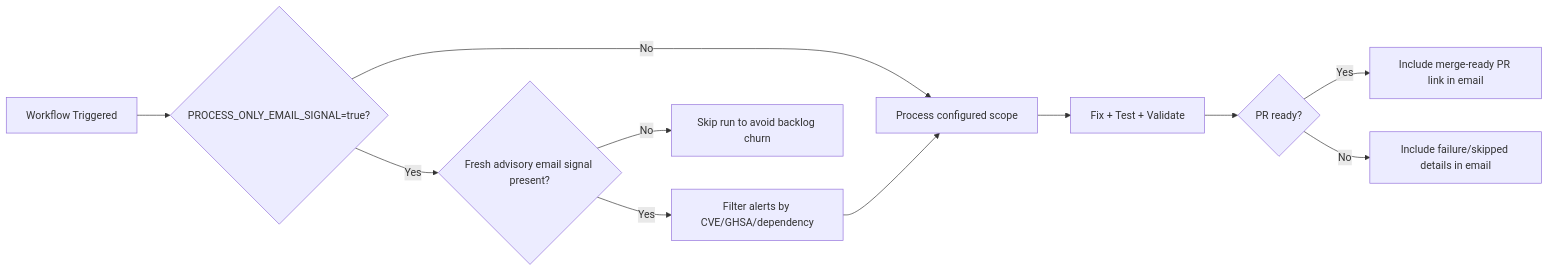
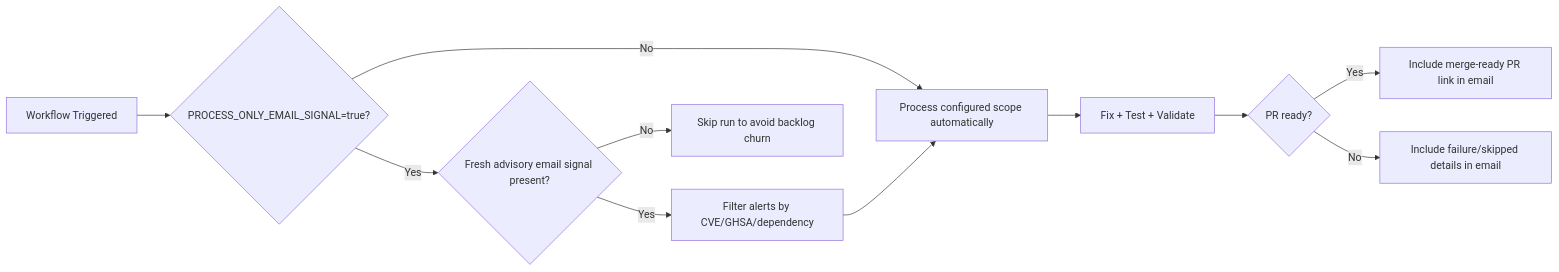
One commit to reyesrico/github-vuln-pr-agent changed the third of 3 diagrams in .github/docs/ARCHITECTURE.md. Above: the diagram before and after it, drawn with Mermaid. The commit also changed other lines of this file and 14 other files, not shown here.

````diff
--- a/.github/docs/ARCHITECTURE.md
+++ b/.github/docs/ARCHITECTURE.md
@@ -96,13 +98,13 @@
 ```mermaid
 flowchart LR
 	A[Workflow Triggered] --> B{PROCESS_ONLY_EMAIL_SIGNAL=true?}
-	B -- No --> C[Process configured scope]
+	B -- No --> C[Process configured scope automatically]
 	B -- Yes --> D{Fresh advisory email signal present?}
 	D -- No --> E[Skip run to avoid backlog churn]
 	D -- Yes --> F[Filter alerts by CVE/GHSA/dependency]
 	F --> C
 	C --> G[Fix + Test + Validate]
 	G --> H{PR ready?}
 	H -- Yes --> I[Include merge-ready PR link in email]
 	H -- No --> J[Include failure/skipped details in email]
 ```
````
